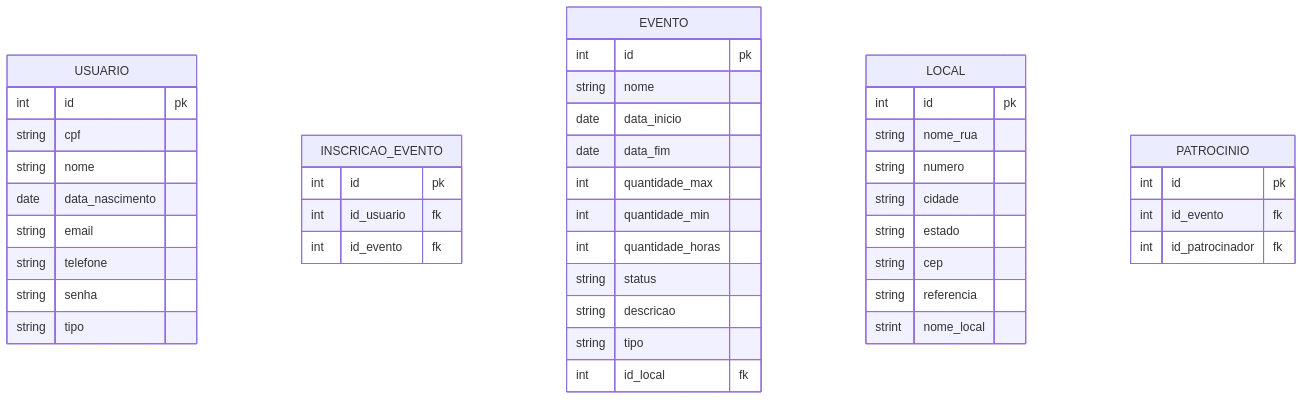
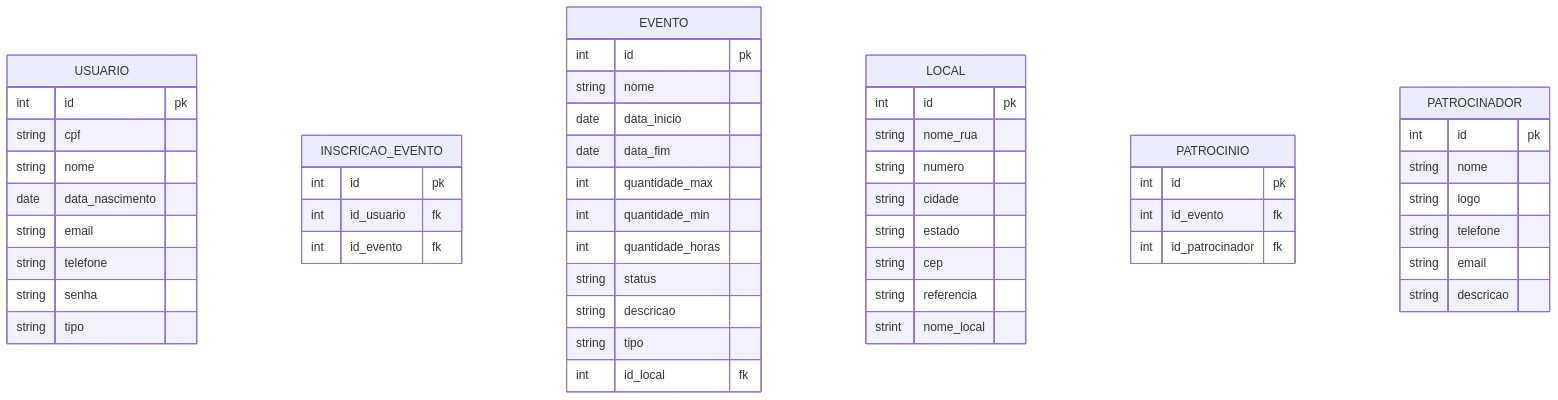
One commit to tallysdev/eventSync changed the diagram in docs/doc-visao.md. Above: the diagram before and after it, drawn with Mermaid.

Commit message:
docs: add "PATROCINADOR" no modelo ER #32

````diff
--- a/docs/doc-visao.md
+++ b/docs/doc-visao.md
@@ -115,51 +115,60 @@
 ```mermaid
 erDiagram
     USUARIO {
         int id pk
         string cpf
         string nome
         date data_nascimento
         string email
         string telefone
         string senha
         string tipo
     }
 
     INSCRICAO_EVENTO {
         int id pk
         int id_usuario fk
         int id_evento fk
     }
 
     EVENTO {
         int id pk
         string nome
         date data_inicio
         date data_fim
         int quantidade_max
         int quantidade_min
         int quantidade_horas
         string status
         string descricao
         string tipo
         int id_local fk
     }
 
     LOCAL {
         int id pk
         string nome_rua
         string numero
         string cidade
         string estado
         string cep
         string referencia
         strint nome_local
     }
 
     PATROCINIO {
         int id pk
         int id_evento fk
         int id_patrocinador fk
     }
 
+    PATROCINADOR {
+        int id pk
+        string nome
+        string logo
+        string telefone
+        string email
+        string descricao
+    }
+
 ```
````
